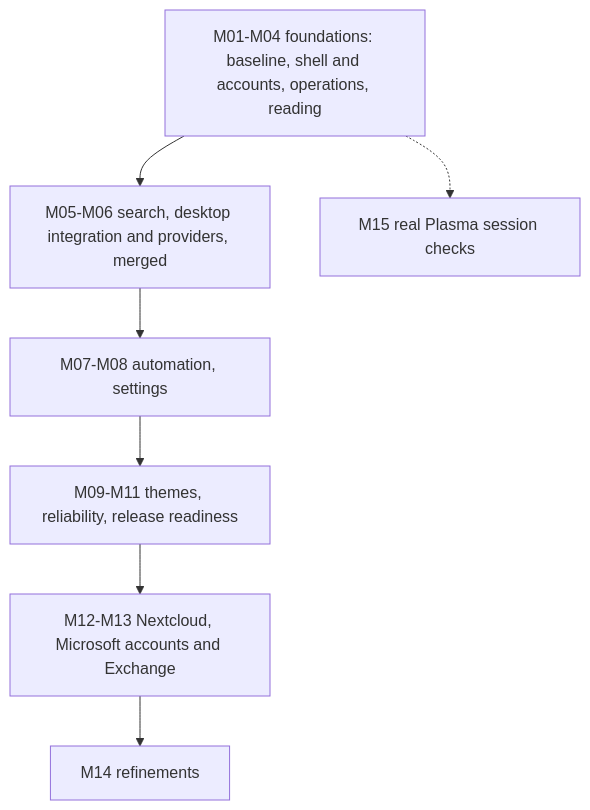
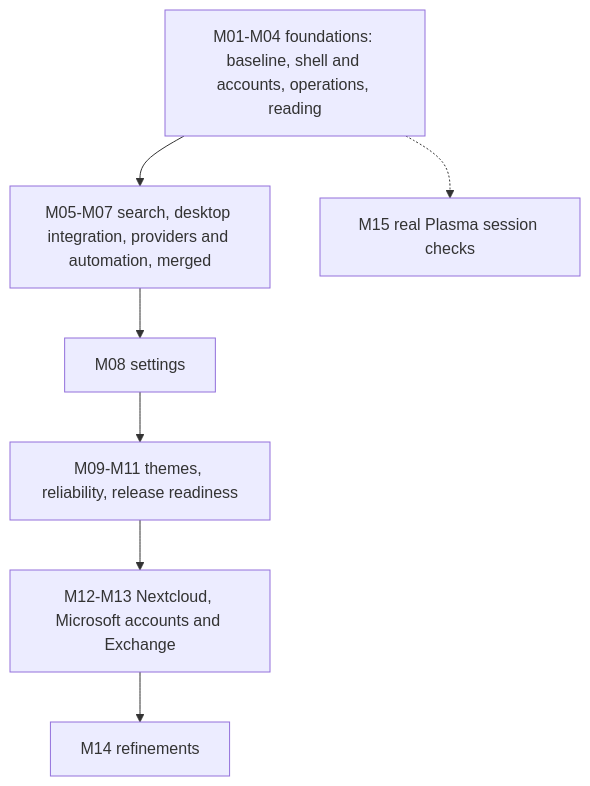
The diagram in README.md (mikepadiernos/plasma-impresario), drawn with Mermaid before and after one commit. The commit also changed other lines of this file and 2 other files, not shown here.

Commit message:
docs: record M07 as merged in PR #493 and describe what it added

````diff
--- a/README.md
+++ b/README.md
@@ -681,9 +700,9 @@
 ```mermaid
 flowchart TD
-    A[M01-M04 foundations: baseline, shell and accounts, operations, reading] --> B[M05-M06 search, desktop integration and providers, merged]
-    B --> C[M07-M08 automation, settings]
+    A[M01-M04 foundations: baseline, shell and accounts, operations, reading] --> B[M05-M07 search, desktop integration, providers and automation, merged]
+    B --> C[M08 settings]
     C --> D[M09-M11 themes, reliability, release readiness]
     D --> E[M12-M13 Nextcloud, Microsoft accounts and Exchange]
     E --> F[M14 refinements]
     A -.-> G[M15 real Plasma session checks]
 ```
````
